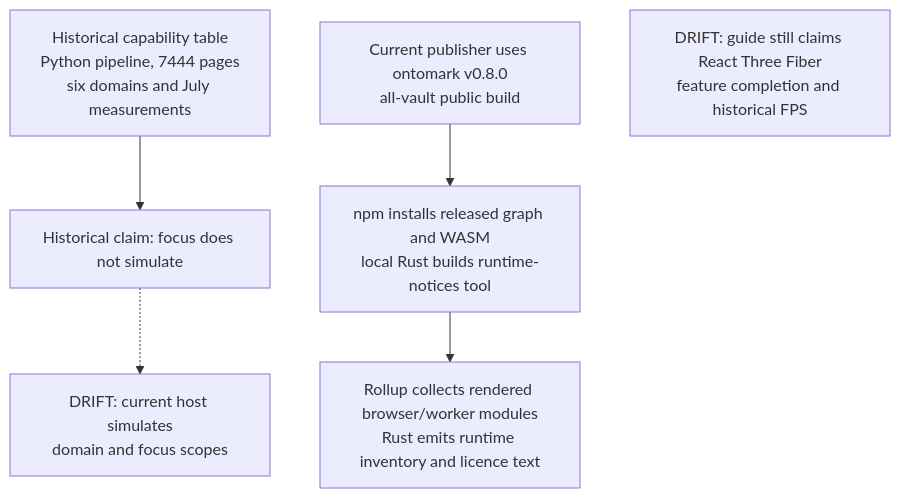
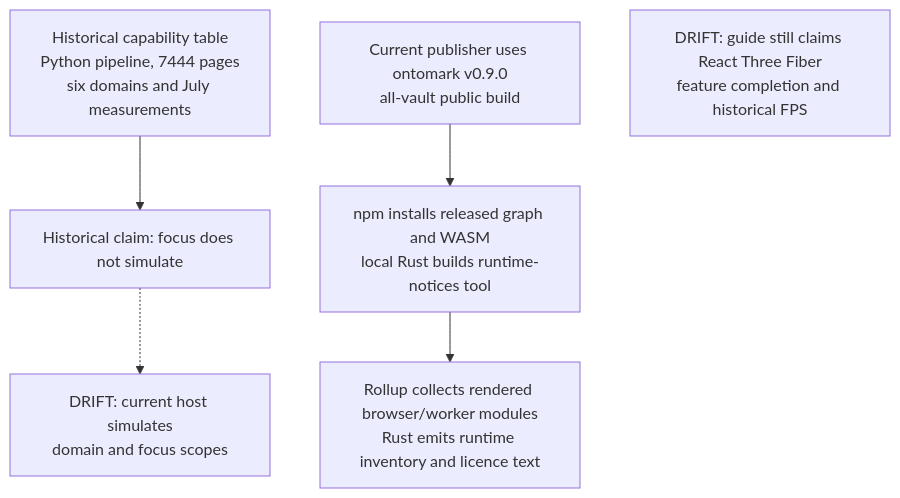
The third of 6 diagrams in docs/diagrams/visiongraph/06-shipping-explorer-duplication.md (DreamLab-AI/VisionFlow), drawn with Mermaid before and after one commit. The commit also changed other lines of this file and 70 other files, not shown here.

First line of the commit message:
docs(diagrams): re-verify 69 topics at current default-branch heads

````diff
--- a/docs/diagrams/visiongraph/06-shipping-explorer-duplication.md
+++ b/docs/diagrams/visiongraph/06-shipping-explorer-duplication.md
@@ -91,20 +95,20 @@
 ```mermaid
 flowchart TB
     %% Source: ../visionGraph/publishing-tools/WasmVOWL/CAPABILITIES.md:24
     A["Historical capability table<br/>Python pipeline, 7444 pages<br/>six domains and July measurements"]
     %% Source: ../visionGraph/publishing-tools/WasmVOWL/CAPABILITIES.md:50
     A --> B["Historical claim: focus does not simulate"]
     %% Source: ../visionGraph/publishing-tools/WasmVOWL/modern/src/components/Canvas/GraphCanvas.tsx:44
     B -.-> C["DRIFT: current host simulates<br/>domain and focus scopes"]
     %% Source: ../visionGraph/.github/workflows/publish.yml:48
-    %% Source: ../visionGraph/.github/workflows/publish.yml:174
-    D["Current publisher uses ontomark v0.8.0<br/>all-vault public build"]
+    %% Source: ../visionGraph/.github/workflows/publish.yml:175
+    D["Current publisher uses ontomark v0.9.0<br/>all-vault public build"]
     %% Source: ../visionGraph/publishing-tools/WasmVOWL/modern/package.json:8
     %% Source: ../visionGraph/publishing-tools/WasmVOWL/modern/package.json:24
     D --> E["npm installs released graph and WASM<br/>local Rust builds runtime-notices tool"]
     %% Source: ../visionGraph/publishing-tools/WasmVOWL/modern/build/runtimeNotices.ts:12
     %% Source: ../visionGraph/publishing-tools/WasmVOWL/modern/build/runtimeNotices.ts:22
     E --> F["Rollup collects rendered browser/worker modules<br/>Rust emits runtime inventory and licence text"]
     %% Source: ../visionGraph/publishing-tools/WasmVOWL/CLAUDE.md:8
     G["DRIFT: guide still claims React Three Fiber<br/>feature completion and historical FPS"]
 ```
````
